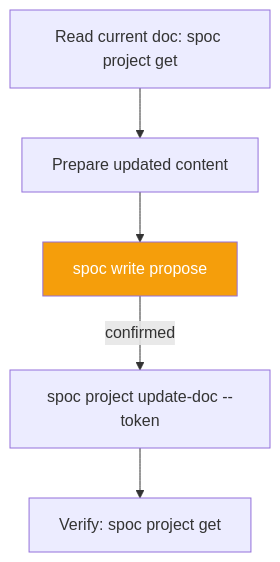
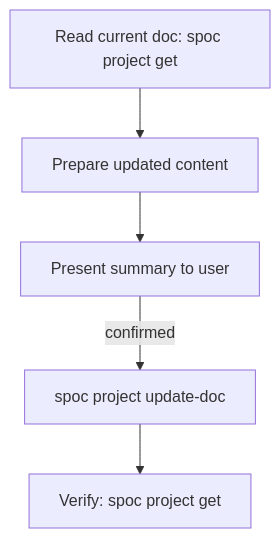
The diagram in skills/update-docs.md (rryando/SPOC), drawn with Mermaid before and after one commit. The commit also changed other lines of this file and 29 other files, not shown here.

````diff
--- a/skills/update-docs.md
+++ b/skills/update-docs.md
@@ -14,9 +14,7 @@
 ```mermaid
 flowchart TD
-    classDef gate fill:#f59e0b,color:#fff
-
     A[Read current doc: spoc project get] --> B[Prepare updated content]
-    B --> C[spoc write propose]:::gate
-    C -->|confirmed| D[spoc project update-doc --token]
+    B --> C[Present summary to user]
+    C -->|confirmed| D[spoc project update-doc]
     D --> E[Verify: spoc project get]
 ```
````
